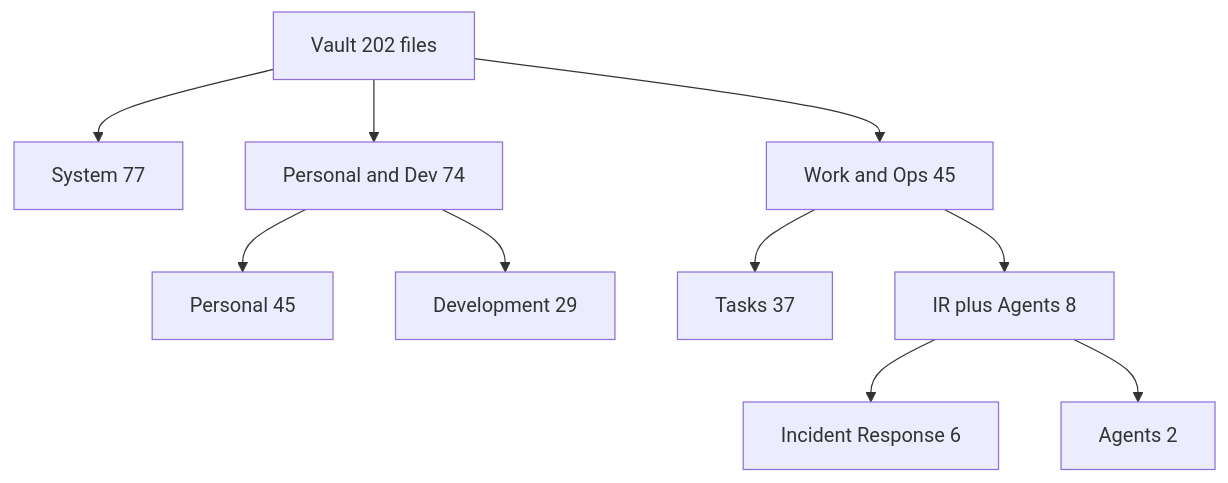
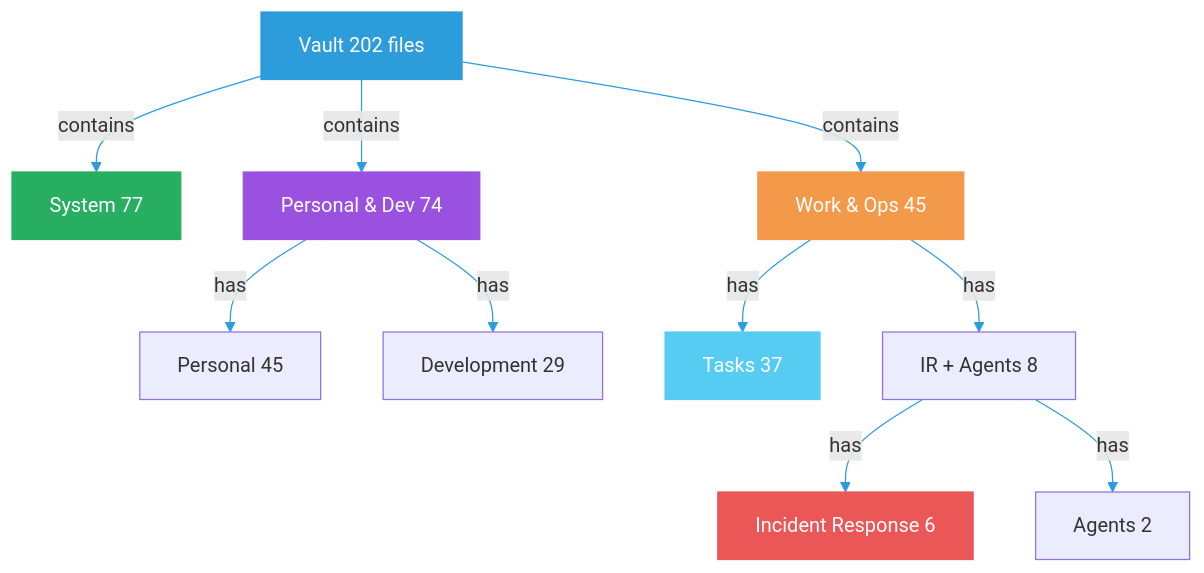
Before and after one commit to 444Nazky/My-Vault: the first of 9 diagrams in Graphs/Vault-Overview.md, drawn with Mermaid. The commit also changed other lines of this file and 15 other files, not shown here.

````diff
--- a/Graphs/Vault-Overview.md
+++ b/Graphs/Vault-Overview.md
@@ -6,12 +6,19 @@
 ```mermaid
+%%{init: {'theme': 'default', 'themeVariables': { 'primaryColor': '#2D9CDB', 'primaryTextColor': '#ffffff', 'primaryBorderColor': '#2D9CDB', 'lineColor': '#2D9CDB', 'secondaryColor': '#27AE60', 'tertiaryColor': '#9B51E0'}}}%%
 graph TD
- V["Vault 202 files"] --> SYS["System 77"]
- V --> ME["Personal and Dev 74"]
- V --> DO["Work and Ops 45"]
- ME --> PER["Personal 45"]
- ME --> DEV["Development 29"]
- DO --> TSK["Tasks 37"]
- DO --> OPS["IR plus Agents 8"]
- OPS --> IR["Incident Response 6"]
- OPS --> AGT["Agents 2"]
+ V["Vault 202 files"] -->|contains| SYS["System 77"]
+ V -->|contains| ME["Personal & Dev 74"]
+ V -->|contains| DO["Work & Ops 45"]
+ ME -->|has| PER["Personal 45"]
+ ME -->|has| DEV["Development 29"]
+ DO -->|has| TSK["Tasks 37"]
+ DO -->|has| OPS["IR + Agents 8"]
+ OPS -->|has| IR["Incident Response 6"]
+ OPS -->|has| AGT["Agents 2"]
+ style V fill:#2D9CDB,stroke:#2D9CDB,color:#fff
+ style SYS fill:#27AE60,stroke:#27AE60,color:#fff
+ style ME fill:#9B51E0,stroke:#9B51E0,color:#fff
+ style DO fill:#F2994A,stroke:#F2994A,color:#fff
+ style TSK fill:#56CCF2,stroke:#56CCF2,color:#fff
+ style IR fill:#EB5757,stroke:#EB5757,color:#fff
 ```
````
